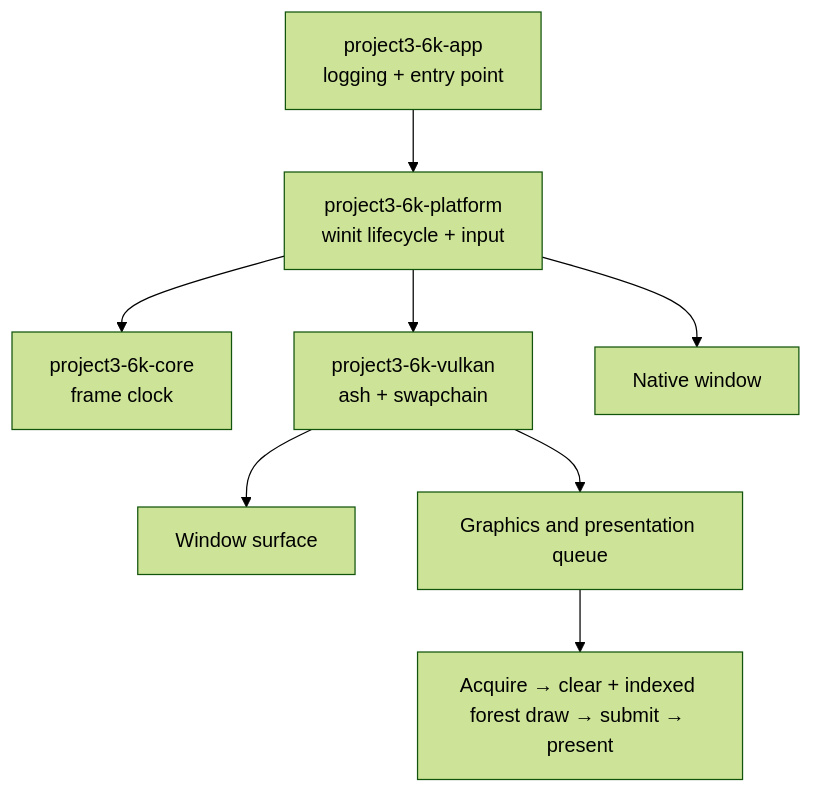
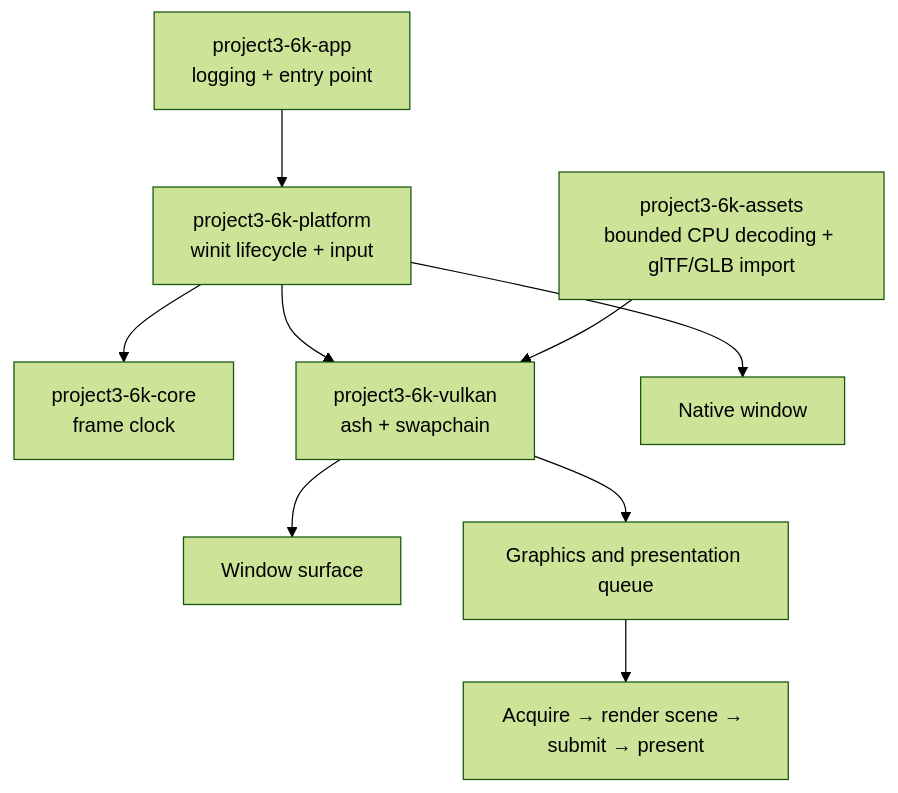
Before and after one commit to LarpingAgent/Project3.6k: the diagram in ARCHITECTURE.md, drawn with Mermaid (forest theme). The commit also changed other lines of this file and 16 other files, not shown here.

Commit message:
feat(assets): add bounded glTF CPU import pipeline

````diff
--- a/ARCHITECTURE.md
+++ b/ARCHITECTURE.md
@@ -9,10 +9,11 @@
 ```mermaid
 flowchart TD
     App[project3-6k-app\nlogging + entry point] --> Platform[project3-6k-platform\nwinit lifecycle + input]
     Platform --> Core[project3-6k-core\nframe clock]
     Platform --> Vulkan[project3-6k-vulkan\nash + swapchain]
+    Assets[project3-6k-assets\nbounded CPU decoding + glTF/GLB import] --> Vulkan
     Platform --> Window[Native window]
     Vulkan --> Surface[Window surface]
     Vulkan --> GPU[Graphics and presentation queue]
-    GPU --> Swapchain[Acquire → clear + indexed forest draw → submit → present]
+    GPU --> Swapchain[Acquire → render scene → submit → present]
 ```
````
